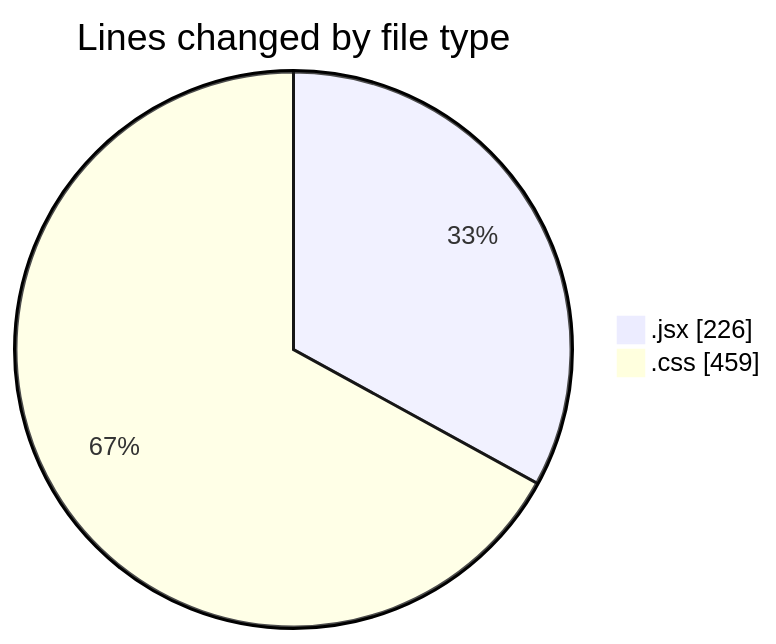
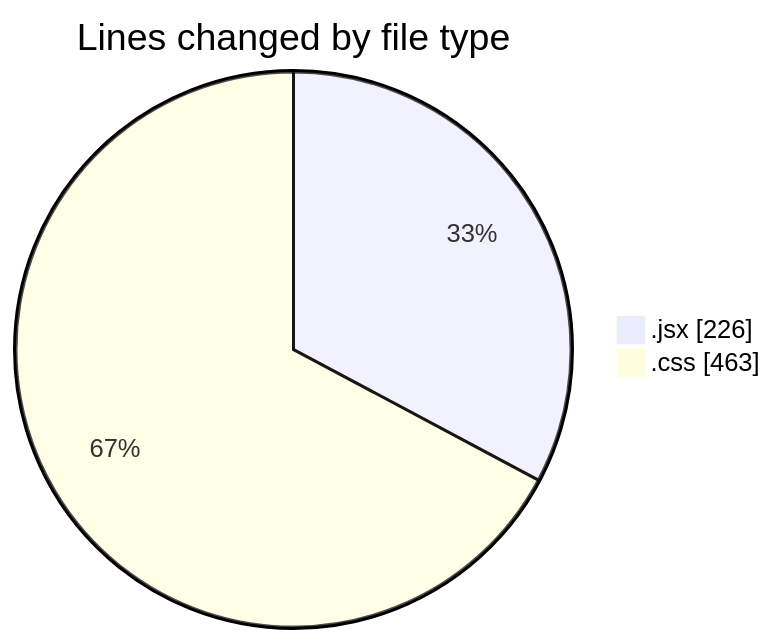
The first of 2 diagrams in 2025-05-08/recipe-app/README.md (BS-eng2023/code-tracking), drawn with Mermaid before and after one commit. The commit also changed other lines of this file and 1 other file, not shown here.

````diff
--- a/2025-05-08/recipe-app/README.md
+++ b/2025-05-08/recipe-app/README.md
@@ -22,6 +22,6 @@
 ```mermaid
 pie showData
 title Lines changed by file type
 ".jsx" : 226
-".css" : 459
+".css" : 463
 ```
````
